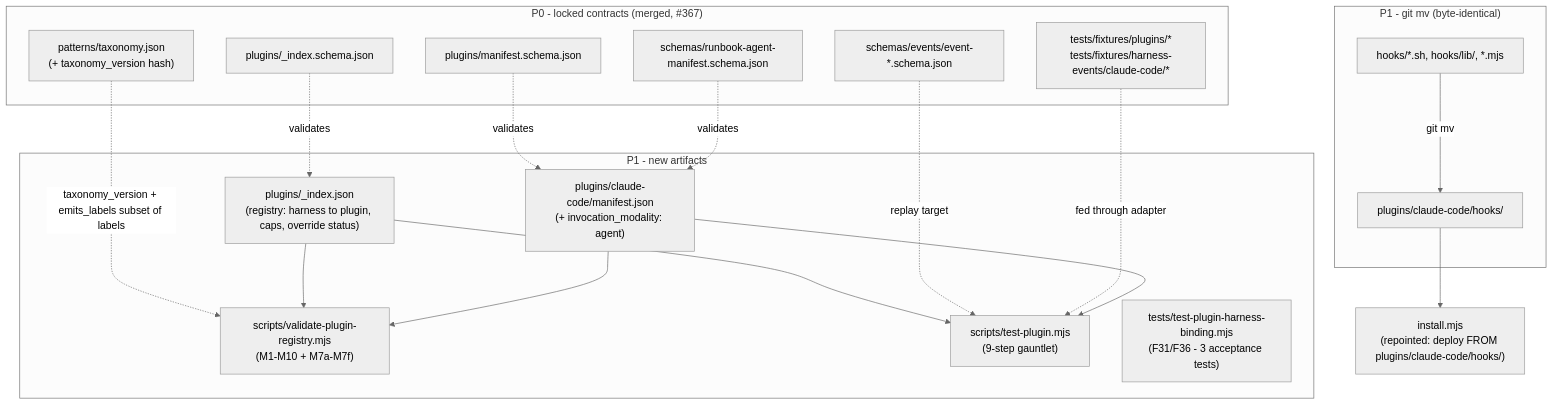
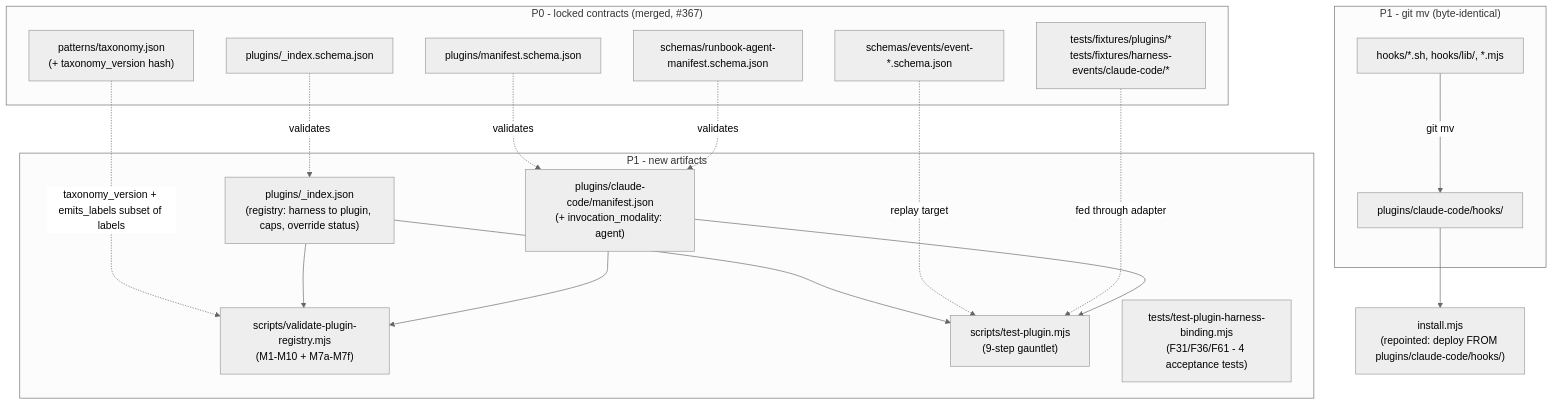
Before and after one commit to lantisprime/episodic-memory: the first of 2 diagrams in docs/rfcs/RFC-008/P1-plugin-registry.md, drawn with Mermaid (neutral theme). The commit also changed other lines of this file and 2 other files, not shown here.

````diff
--- a/docs/rfcs/RFC-008/P1-plugin-registry.md
+++ b/docs/rfcs/RFC-008/P1-plugin-registry.md
@@ -20,37 +34,37 @@
 ```mermaid
 graph TB
     subgraph P0["P0 - locked contracts (merged, #367)"]
         IDXS["plugins/_index.schema.json"]
         MANS["plugins/manifest.schema.json"]
         RAMS["schemas/runbook-agent-manifest.schema.json"]
         TAX["patterns/taxonomy.json<br/>(+ taxonomy_version hash)"]
         EVS["schemas/events/event-*.schema.json"]
         FIX["tests/fixtures/plugins/*<br/>tests/fixtures/harness-events/claude-code/*"]
     end
 
     subgraph P1NEW["P1 - new artifacts"]
         IDX["plugins/_index.json<br/>(registry: harness to plugin, caps, override status)"]
         MAN["plugins/claude-code/manifest.json<br/>(+ invocation_modality: agent)"]
         VPR["scripts/validate-plugin-registry.mjs<br/>(M1-M10 + M7a-M7f)"]
         TP["scripts/test-plugin.mjs<br/>(9-step gauntlet)"]
-        HB["tests/test-plugin-harness-binding.mjs<br/>(F31/F36 - 3 acceptance tests)"]
+        HB["tests/test-plugin-harness-binding.mjs<br/>(F31/F36/F61 - 4 acceptance tests)"]
     end
 
     subgraph MOVE["P1 - git mv (byte-identical)"]
         OLD["hooks/*.sh, hooks/lib/, *.mjs"] -->|git mv| NEW["plugins/claude-code/hooks/"]
     end
 
     INSTALL["install.mjs<br/>(repointed: deploy FROM plugins/claude-code/hooks/)"]
 
     IDXS -. validates .-> IDX
     MANS -. validates .-> MAN
     RAMS -. validates .-> MAN
     TAX -. taxonomy_version + emits_labels subset of labels .-> VPR
     IDX --> VPR
     MAN --> VPR
     NEW --> INSTALL
     IDX --> TP
     EVS -. replay target .-> TP
     FIX -. fed through adapter .-> TP
     MAN --> TP
 ```
````
